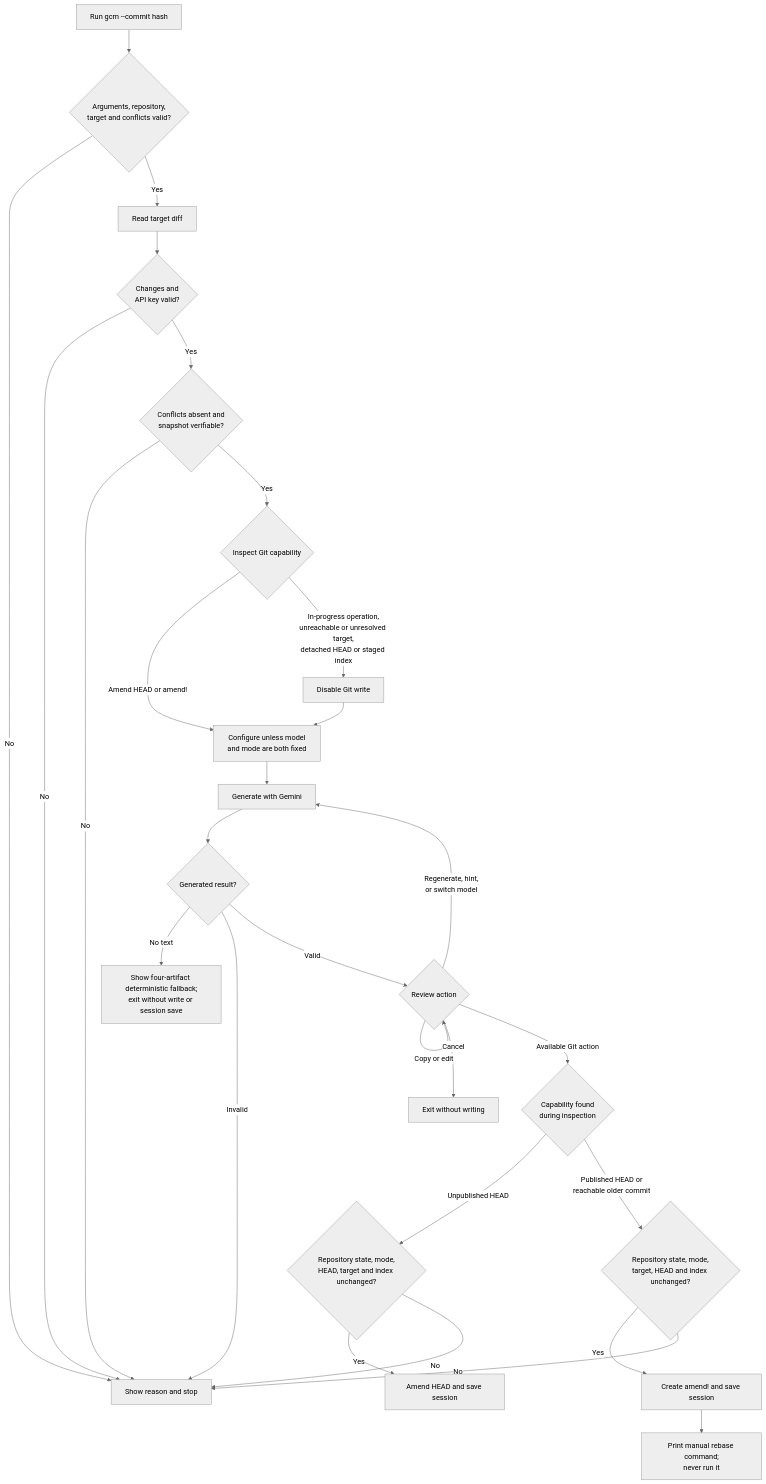
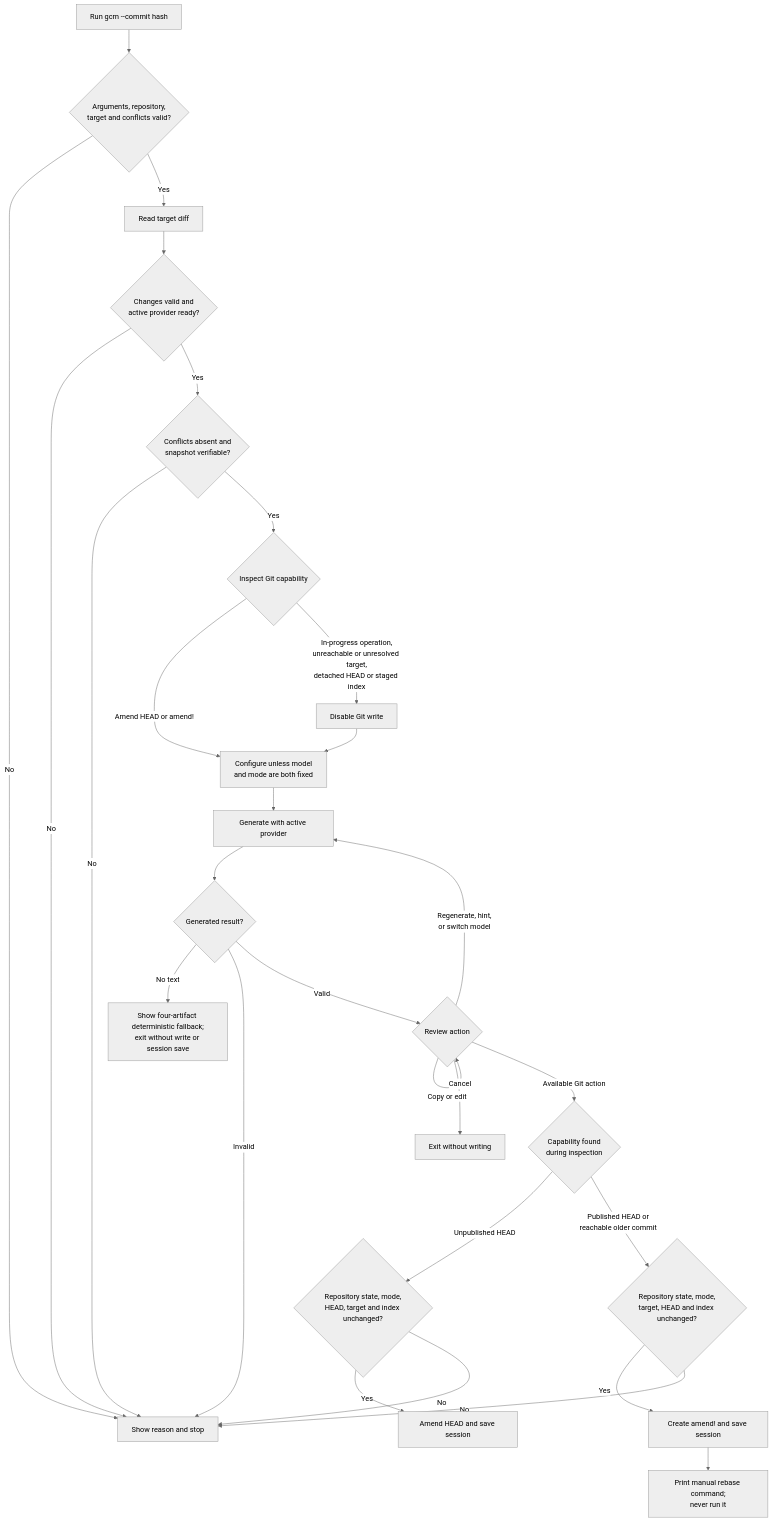
Before and after one commit to cebreus/gcm: the second of 2 diagrams in docs/user-flow.md, drawn with Mermaid (neutral theme). The commit also changed other lines of this file and 27 other files, not shown here.

````diff
--- a/docs/user-flow.md
+++ b/docs/user-flow.md
@@ -51,30 +51,30 @@
 ```mermaid
 flowchart TD
   A[Run gcm --commit hash] --> B{Arguments, repository,<br/>target and conflicts valid?}
   B -- No --> X[Show reason and stop]
   B -- Yes --> C[Read target diff]
-  C --> C2{Changes and<br/>API key valid?}
+  C --> C2{Changes valid and<br/>active provider ready?}
   C2 -- No --> X
   C2 -- Yes --> C3{Conflicts absent and<br/>snapshot verifiable?}
   C3 -- No --> X
   C3 -- Yes --> C4{Inspect Git capability}
   C4 -- Amend HEAD or amend! --> D[Configure unless model<br/>and mode are both fixed]
   C4 -- In-progress operation,<br/>unreachable or unresolved target,<br/>detached HEAD or staged index --> R[Disable Git write]
   R --> D
-  D --> E[Generate with Gemini]
+  D --> E[Generate with active provider]
   E --> F{Generated result?}
   F -- No text --> Y[Show four-artifact deterministic fallback;<br/>exit without write or session save]
   F -- Invalid --> X
   F -- Valid --> G{Review action}
   G -- Copy or edit --> G
   G -- Regenerate, hint,<br/>or switch model --> E
   G -- Cancel --> Z[Exit without writing]
   G -- Available Git action --> H{Capability found<br/>during inspection}
   H -- Unpublished HEAD --> I{Repository state, mode,<br/>HEAD, target and index unchanged?}
   I -- Yes --> J[Amend HEAD and save session]
   I -- No --> X
   H -- Published HEAD or<br/>reachable older commit --> K{Repository state, mode,<br/>target, HEAD and index unchanged?}
   K -- Yes --> L[Create amend! and save session]
   L --> M[Print manual rebase command;<br/>never run it]
   K -- No --> X
 ```
````
